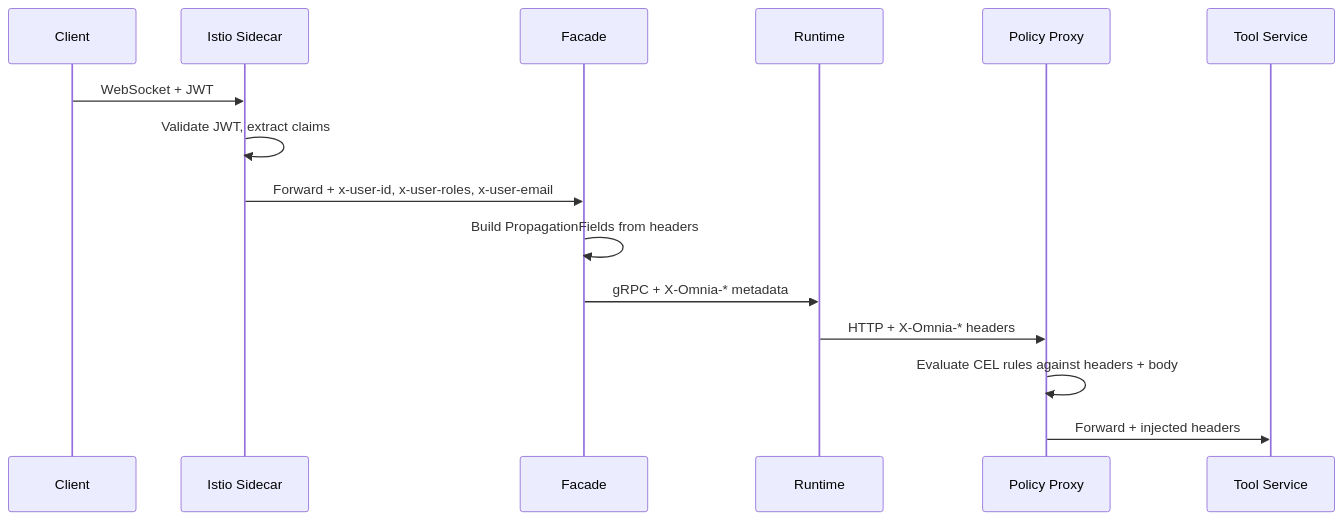
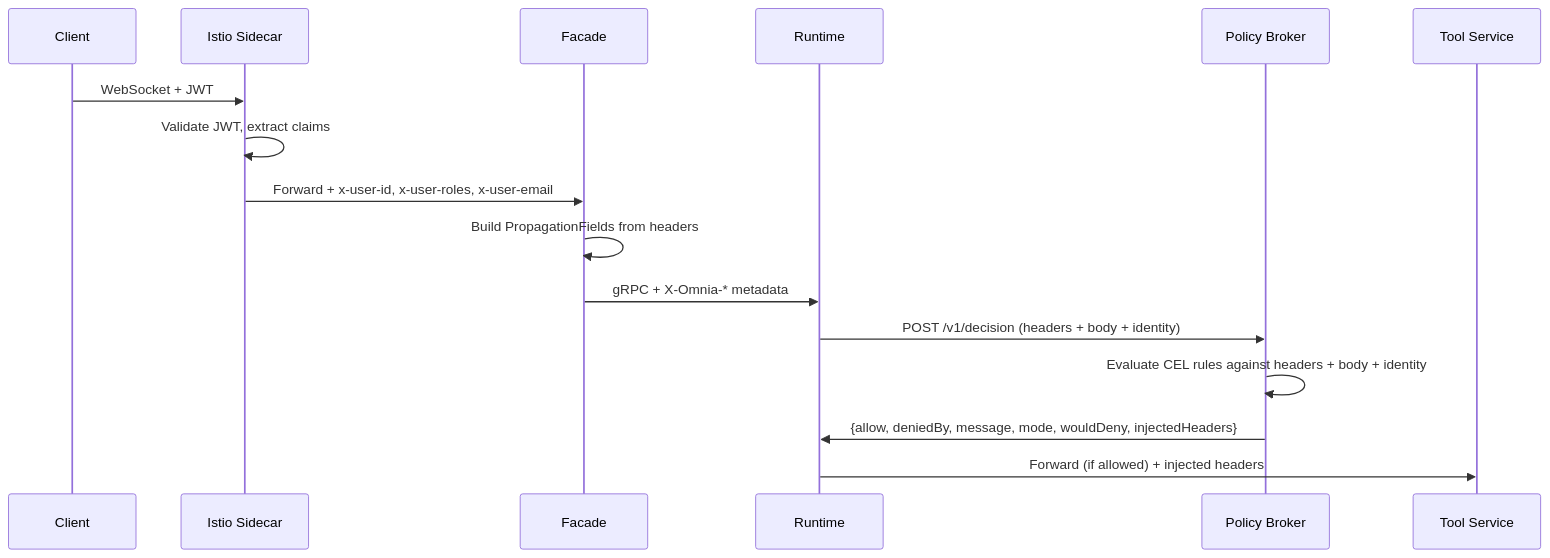
The second of 3 diagrams in docs/src/content/docs/explanation/security/policy-engine.md (AltairaLabs/Omnia), drawn with Mermaid before and after one commit. The commit also changed other lines of this file and 7 other files, not shown here.

First line of the commit message:
docs: reconcile policy-engine/ToolPolicy docs to the policy-broker model (retire policy-proxy references)

````diff
--- a/docs/src/content/docs/explanation/security/policy-engine.md
+++ b/docs/src/content/docs/explanation/security/policy-engine.md
@@ -70,18 +74,19 @@
 ```mermaid
 sequenceDiagram
     participant Client
     participant Istio as Istio Sidecar
     participant Facade
     participant Runtime
-    participant Proxy as Policy Proxy
+    participant Broker as Policy Broker
     participant Tool as Tool Service
 
     Client->>Istio: WebSocket + JWT
     Istio->>Istio: Validate JWT, extract claims
     Istio->>Facade: Forward + x-user-id, x-user-roles, x-user-email
     Facade->>Facade: Build PropagationFields from headers
     Facade->>Runtime: gRPC + X-Omnia-* metadata
-    Runtime->>Proxy: HTTP + X-Omnia-* headers
-    Proxy->>Proxy: Evaluate CEL rules against headers + body
-    Proxy->>Tool: Forward + injected headers
+    Runtime->>Broker: POST /v1/decision (headers + body + identity)
+    Broker->>Broker: Evaluate CEL rules against headers + body + identity
+    Broker->>Runtime: {allow, deniedBy, message, mode, wouldDeny, injectedHeaders}
+    Runtime->>Tool: Forward (if allowed) + injected headers
 ```
````
